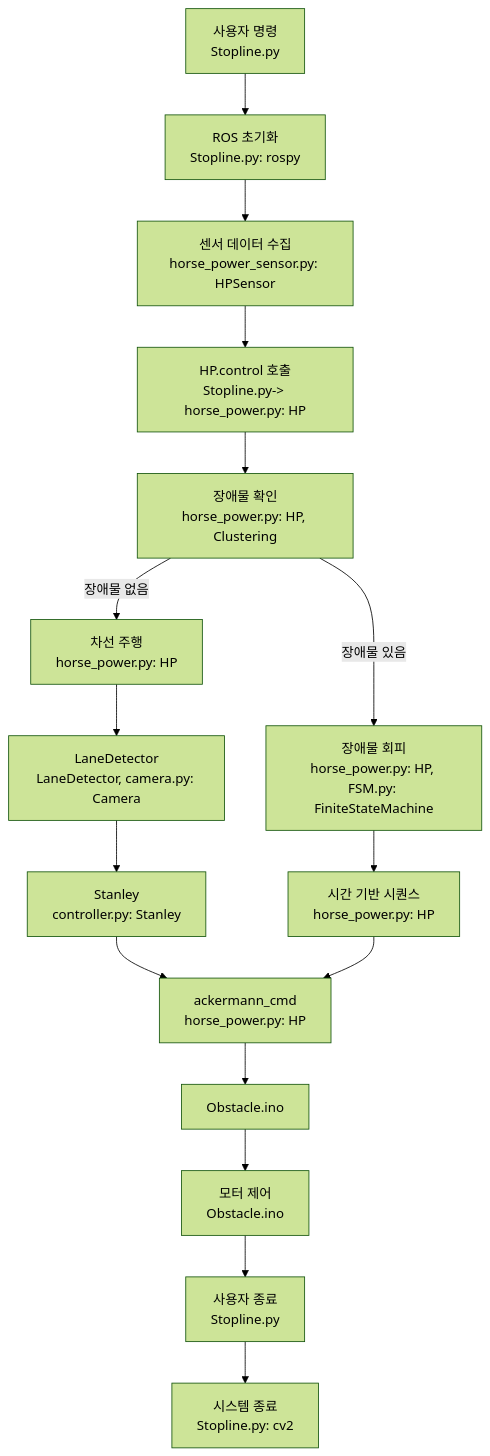
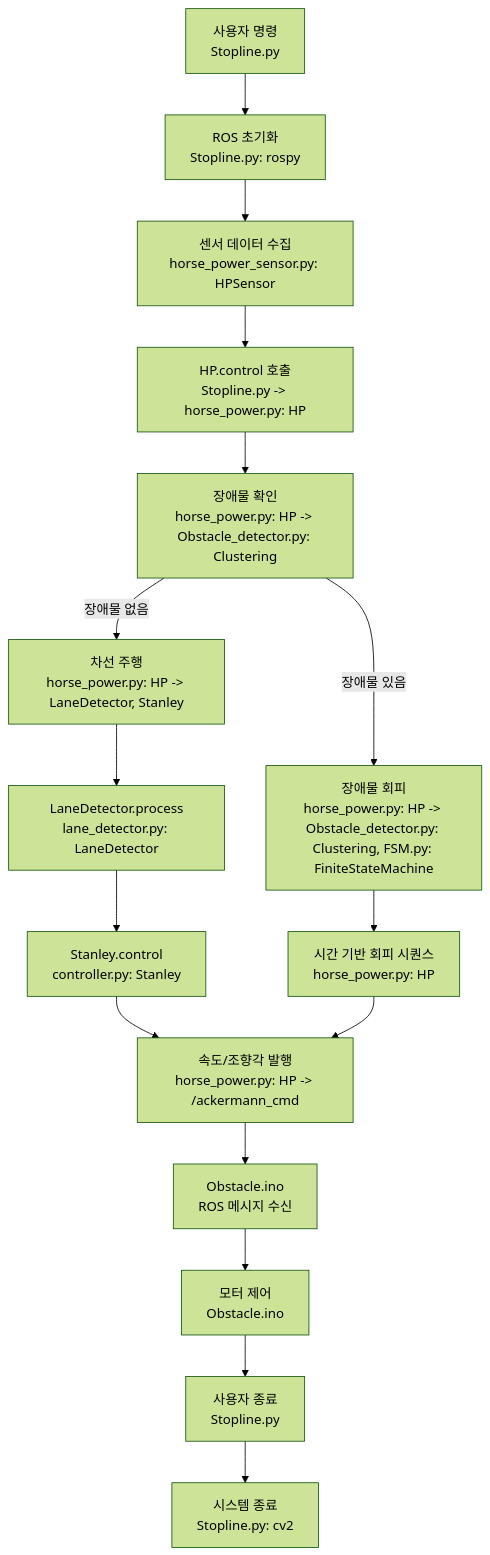
One commit to LeeGeeH/- changed the first of 2 diagrams in README.md. Above: the diagram before and after it, drawn with Mermaid (forest theme).

````diff
--- a/README.md
+++ b/README.md
@@ -44,19 +44,19 @@
 ```mermaid
 graph TD
     A[사용자 명령<br>Stopline.py] --> B[ROS 초기화<br>Stopline.py: rospy]
     B --> C[센서 데이터 수집<br>horse_power_sensor.py: HPSensor]
-    C --> D[HP.control 호출<br>Stopline.py-> horse_power.py: HP]
-    D --> E[장애물 확인<br>horse_power.py: HP, Clustering]
-    E -->|장애물 없음| F[차선 주행<br>horse_power.py: HP]
-    E -->|장애물 있음| G[장애물 회피<br>horse_power.py: HP, FSM.py: FiniteStateMachine]
-    F --> H[LaneDetector<br>LaneDetector, camera.py: Camera]
-    H --> I[Stanley<br>controller.py: Stanley]
-    G --> J[시간 기반 시퀀스<br>horse_power.py: HP]
-    I --> K[ackermann_cmd<br>horse_power.py: HP]
+    C --> D[HP.control 호출<br>Stopline.py -> horse_power.py: HP]
+    D --> E[장애물 확인<br>horse_power.py: HP -> Obstacle_detector.py: Clustering]
+    E -->|장애물 없음| F[차선 주행<br>horse_power.py: HP -> LaneDetector, Stanley]
+    E -->|장애물 있음| G[장애물 회피<br>horse_power.py: HP -> Obstacle_detector.py: Clustering, FSM.py: FiniteStateMachine]
+    F --> H[LaneDetector.process<br>lane_detector.py: LaneDetector]
+    H --> I[Stanley.control<br>controller.py: Stanley]
+    G --> J[시간 기반 회피 시퀀스<br>horse_power.py: HP]
+    I --> K[속도/조향각 발행<br>horse_power.py: HP -> /ackermann_cmd]
     J --> K
-    K --> L[Obstacle.ino]
+    K --> L[Obstacle.ino<br>ROS 메시지 수신]
     L --> M[모터 제어<br>Obstacle.ino]
     M --> O[사용자 종료<br>Stopline.py]
     O --> P[시스템 종료<br>Stopline.py: cv2]
 
 ```
````
